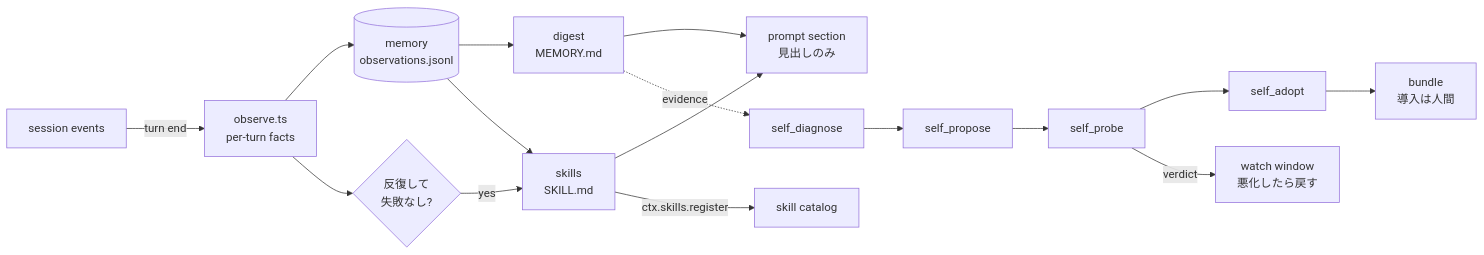
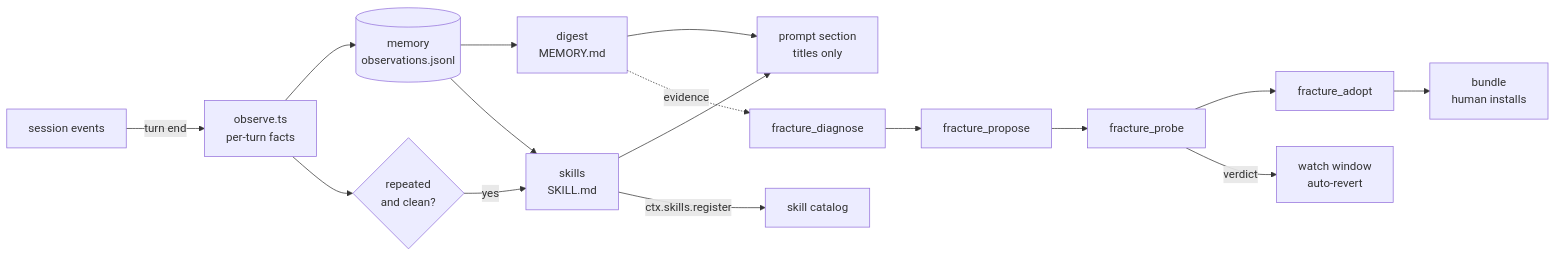
One commit to miketako3/dsh-fracture changed the diagram in README.ja.md. Above: the diagram before and after it, drawn with Mermaid. The commit also changed other lines of this file and 32 other files, not shown here.

````diff
--- a/README.ja.md
+++ b/README.ja.md
@@ -155,16 +165,16 @@
 ```mermaid
 flowchart LR
   S[session events] -->|turn end| O[observe.ts<br/>per-turn facts]
   O --> M[(memory<br/>observations.jsonl)]
   M --> D[digest<br/>MEMORY.md]
   M --> K[skills<br/>SKILL.md]
-  D --> P[prompt section<br/>見出しのみ]
+  D --> P[prompt section<br/>titles only]
   K --> P
   K -->|ctx.skills.register| T[skill catalog]
-  O --> G{反復して<br/>失敗なし?}
+  O --> G{repeated<br/>and clean?}
   G -->|yes| K
-  D -.->|evidence| X[self_diagnose]
-  X --> Y[self_propose] --> Z[self_probe] --> A[self_adopt]
-  Z -->|verdict| W[watch window<br/>悪化したら戻す]
-  A --> B[bundle<br/>導入は人間]
+  D -.->|evidence| X[fracture_diagnose]
+  X --> Y[fracture_propose] --> Z[fracture_probe] --> A[fracture_adopt]
+  Z -->|verdict| W[watch window<br/>auto-revert]
+  A --> B[bundle<br/>human installs]
 ```
````
